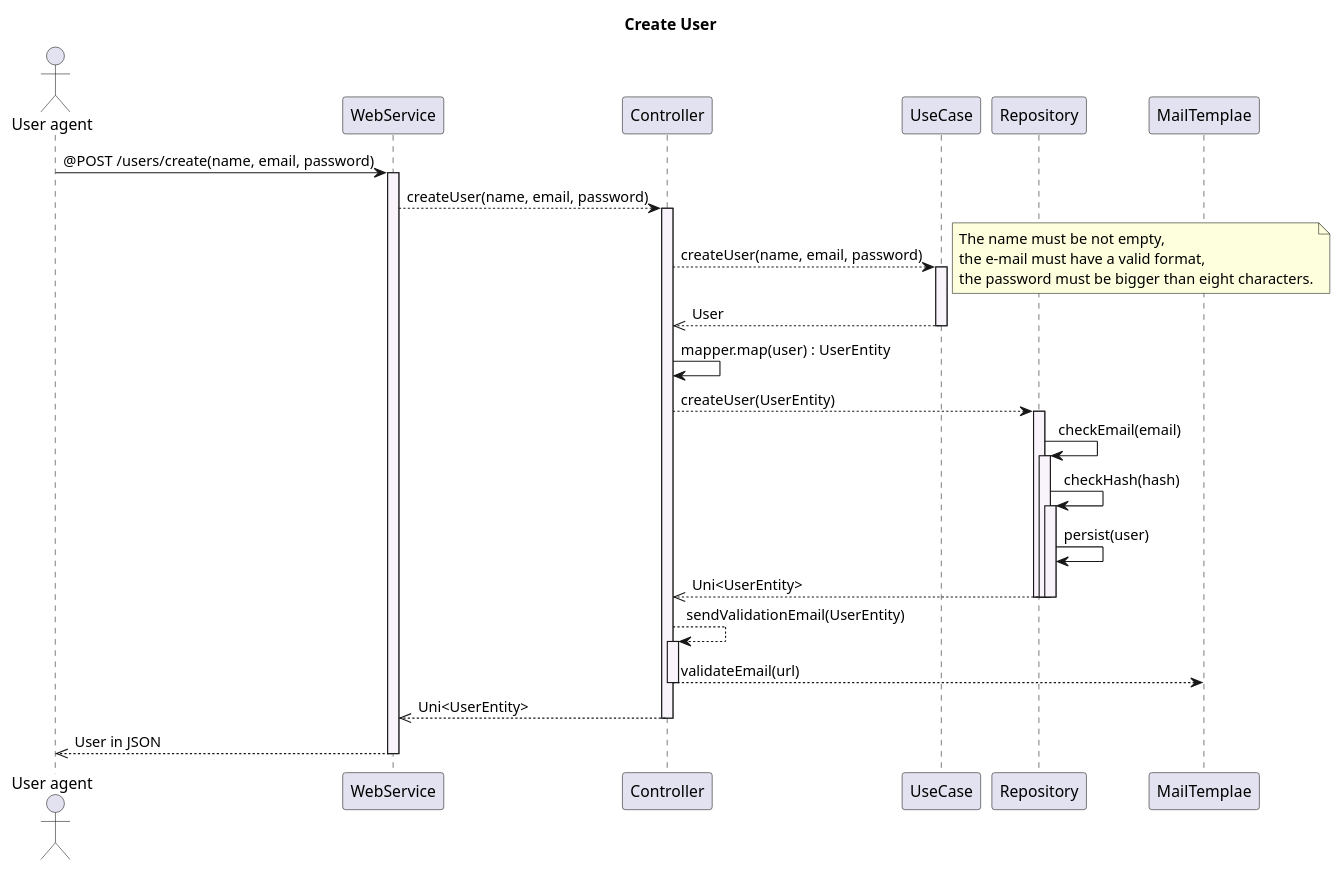
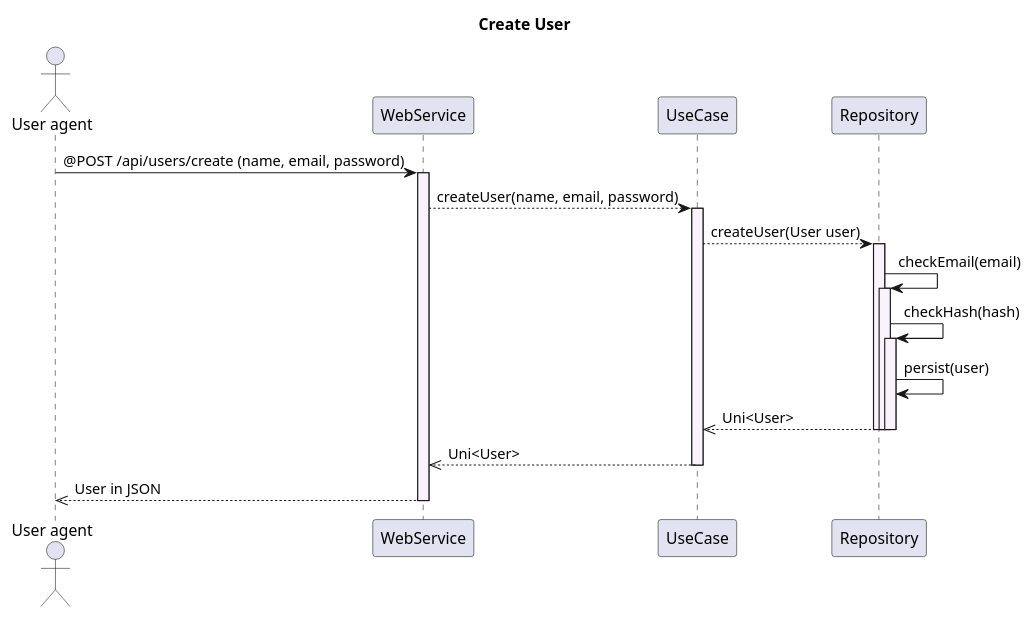
One commit to orion-services/users changed the diagram in docs/usecases/CreateUser/sequence.puml. Above: the diagram before and after it, drawn with PlantUML. The commit also changed 17 other files, not shown here.

```diff
--- a/docs/usecases/CreateUser/sequence.puml
+++ b/docs/usecases/CreateUser/sequence.puml
@@ -1,53 +1,33 @@
 @startuml
 
 title Create User
 actor "User agent"
 
-' User agente sends a request to endpoint /users/create to create a user
-"User agent" -> WebService: @POST /users/create(name, email, password)
+"User agent" -> WebService: @POST /api/users/create (name, email, password)
 activate WebService #F9F3FC
-WebService --> Controller : createUser(name, email, password)
-activate Controller #F9F3FC
 
-' Controller creates a User object (POJO) through the use case
-Controller --> UseCase : createUser(name, email, password)
+WebService --> UseCase : createUser(name, email, password)
 activate UseCase #F9F3FC
-note right
-    The name must be not empty,
-    the e-mail must have a valid format,
-    the password must be bigger than eight characters.
-end note
-UseCase -->> Controller : User
-deactivate UseCase
 
-' Contoller converts the User to UserEntity
-Controller -> Controller : mapper.map(user) : UserEntity
-
-'Repository checks if the e-mail and hash already existe in the data base
-'and persists the UserEntity
-Controller --> Repository : createUser(UserEntity)
+UseCase --> Repository : createUser(User user)
 activate Repository #F9F3FC
 Repository -> Repository: checkEmail(email)
 activate Repository #F9F3FC
+
 Repository -> Repository: checkHash(hash)
 activate Repository #F9F3FC
+
 Repository -> Repository: persist(user)
-Repository -->> Controller : Uni<UserEntity>
+Repository -->> UseCase : Uni<User>
+
 deactivate Repository
 deactivate Repository
 deactivate Repository
 
-' Controller sends a validation code/url to the user's e-mail
-Controller --> Controller : sendValidationEmail(UserEntity)
-activate Controller #F9F3FC
-Controller --> MailTemplae : validateEmail(url)
-deactivate Controller #F9F3FC
+UseCase -->> WebService : Uni<User>
+deactivate UseCase
 
-' Controller returns the UserEntity to the WebService
-Controller -->> WebService : Uni<UserEntity>
-deactivate Controller #F9F3FC
-
-' WebService returns the UserEntity to the User agent in JSON
 WebService -->> "User agent" : User in JSON
 deactivate WebService
+
 @enduml
```
